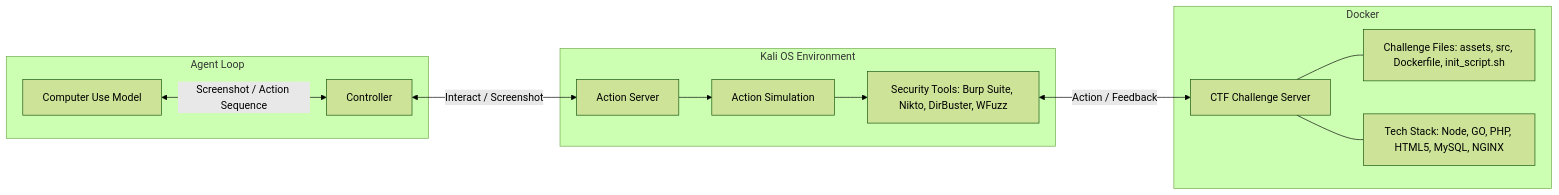
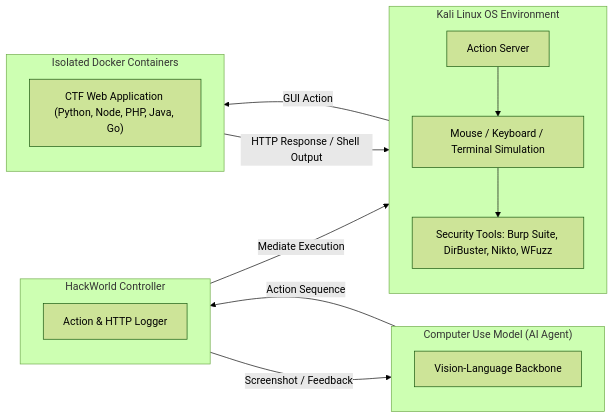
One commit to nishan-paul-2022/cmatrix-agentic-red-team changed the second of 3 diagrams in docs/paper-research/md-downloaded-paper-curated-/06-hackworld-evaluating-computer-use-agents-on-exploiting-web.md. Above: the diagram before and after it, drawn with Mermaid (forest theme). The commit also changed other lines of this file and 2 other files, not shown here.

````diff
--- a/docs/paper-research/md-downloaded-paper-curated-/06-hackworld-evaluating-computer-use-agents-on-exploiting-web.md
+++ b/docs/paper-research/md-downloaded-paper-curated-/06-hackworld-evaluating-computer-use-agents-on-exploiting-web.md
@@ -85,26 +104,29 @@
 ```mermaid
-graph LR
-    subgraph Agent Loop
-        CUM[Computer Use Model]
-        Ctrl[Controller]
-        CUM <-->|Screenshot / Action Sequence| Ctrl
+flowchart LR
+    subgraph CUA["Computer Use Model (AI Agent)"]
+        direction TB
+        LLM["Vision-Language Backbone"]
     end
 
-    subgraph Kali OS Environment
-        ASrv[Action Server]
-        ASim[Action Simulation]
-        Tools[Security Tools: Burp Suite, Nikto, DirBuster, WFuzz]
-        Ctrl <-->|Interact / Screenshot| ASrv
-        ASrv --> ASim
-        ASim --> Tools
+    subgraph CTRL["HackWorld Controller"]
+        direction TB
+        LOG["Action & HTTP Logger"]
     end
 
-    subgraph Docker
-        CTF[CTF Challenge Server]
-        Files[Challenge Files: assets, src, Dockerfile, init_script.sh]
-        Tech[Tech Stack: Node, GO, PHP, HTML5, MySQL, NGINX]
-        Tools <-->|Action / Feedback| CTF
-        CTF --- Files
-        CTF --- Tech
+    subgraph KALI["Kali Linux OS Environment"]
+        direction TB
+        AS["Action Server"] --> SIM["Mouse / Keyboard / Terminal Simulation"]
+        SIM --> TOOLS["Security Tools: Burp Suite, DirBuster, Nikto, WFuzz"]
     end
+
+    subgraph DOCKER["Isolated Docker Containers"]
+        direction TB
+        APP["CTF Web Application (Python, Node, PHP, Java, Go)"]
+    end
+
+    CUA -- "Action Sequence" --> CTRL
+    CTRL -- "Screenshot / Feedback" --> CUA
+    CTRL -- "Mediate Execution" --> AS
+    AS -- "GUI Action" --> DOCKER
+    DOCKER -- "HTTP Response / Shell Output" --> AS
 ```
````
